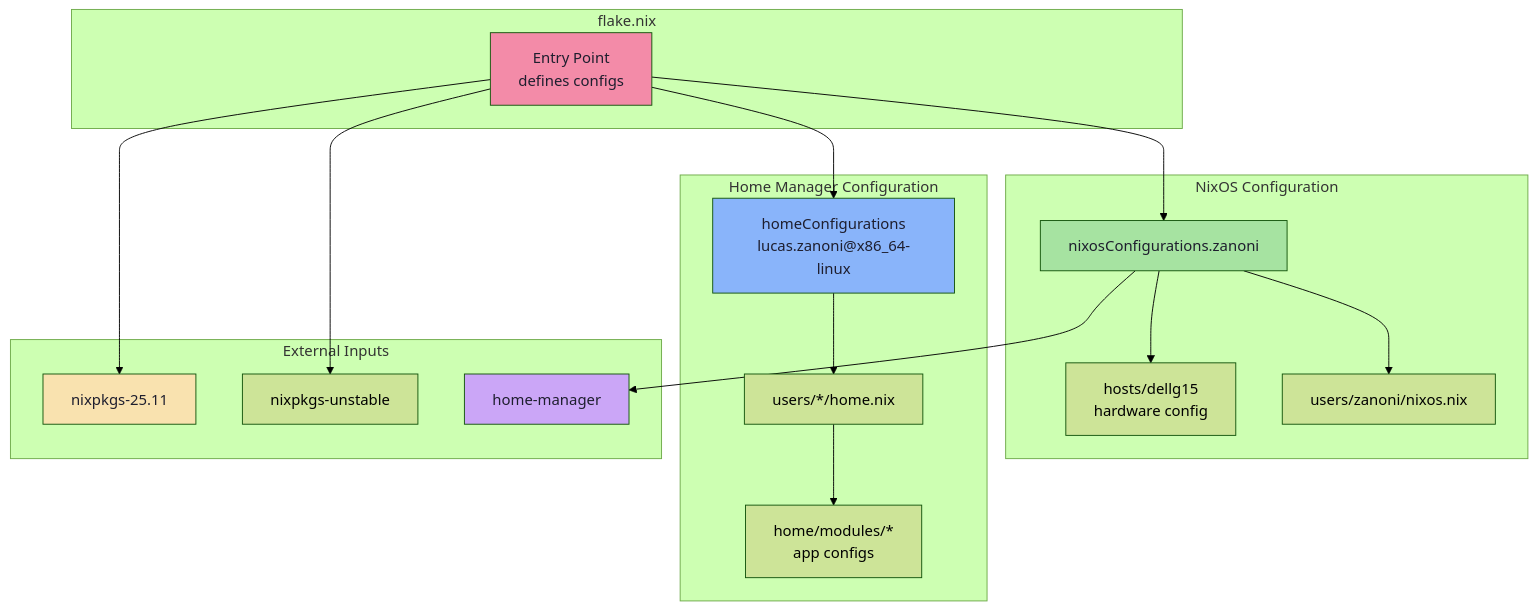
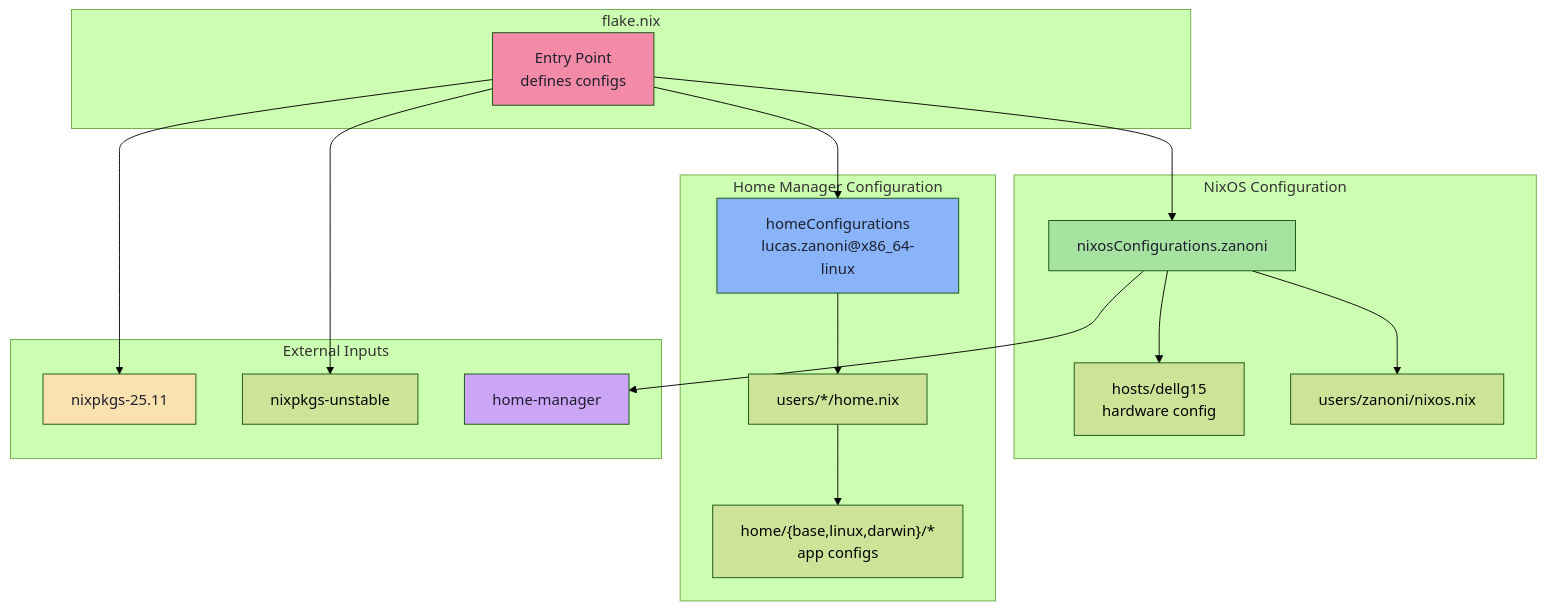
The diagram in README.md (Castrozan/.dotfiles), drawn with Mermaid (forest theme) before and after one commit. The commit also changed other lines of this file and 24 other files, not shown here.

First line of the commit message:
fix: remaining home/modules -> home/{base,linux,darwin} after restructure

````diff
--- a/README.md
+++ b/README.md
@@ -141,43 +141,43 @@
 ```mermaid
 graph TD
     subgraph "flake.nix"
         Flake["Entry Point<br/>defines configs"]
     end
 
     subgraph "NixOS Configuration"
         NixOS["nixosConfigurations.zanoni"]
         Host["hosts/dellg15<br/>hardware config"]
         UserNixOS["users/zanoni/nixos.nix"]
     end
 
     subgraph "Home Manager Configuration"
         HomeStandalone["homeConfigurations<br/>lucas.zanoni@x86_64-linux"]
         UserHome["users/*/home.nix"]
-        Modules["home/modules/*<br/>app configs"]
+        Modules["home/{base,linux,darwin}/*<br/>app configs"]
     end
 
     subgraph "External Inputs"
         Nixpkgs["nixpkgs-25.11"]
         Unstable["nixpkgs-unstable"]
         HM["home-manager"]
     end
 
     Flake --> NixOS
     Flake --> HomeStandalone
     
     NixOS --> Host
     NixOS --> UserNixOS
     NixOS --> HM
     
     HomeStandalone --> UserHome
     UserHome --> Modules
     
     Flake --> Nixpkgs
     Flake --> Unstable
 
     style Flake fill:#f38ba8,color:#1e1e2e
     style NixOS fill:#a6e3a1,color:#1e1e2e
     style HomeStandalone fill:#89b4fa,color:#1e1e2e
     style Nixpkgs fill:#f9e2af,color:#1e1e2e
     style HM fill:#cba6f7,color:#1e1e2e
 ```
````
